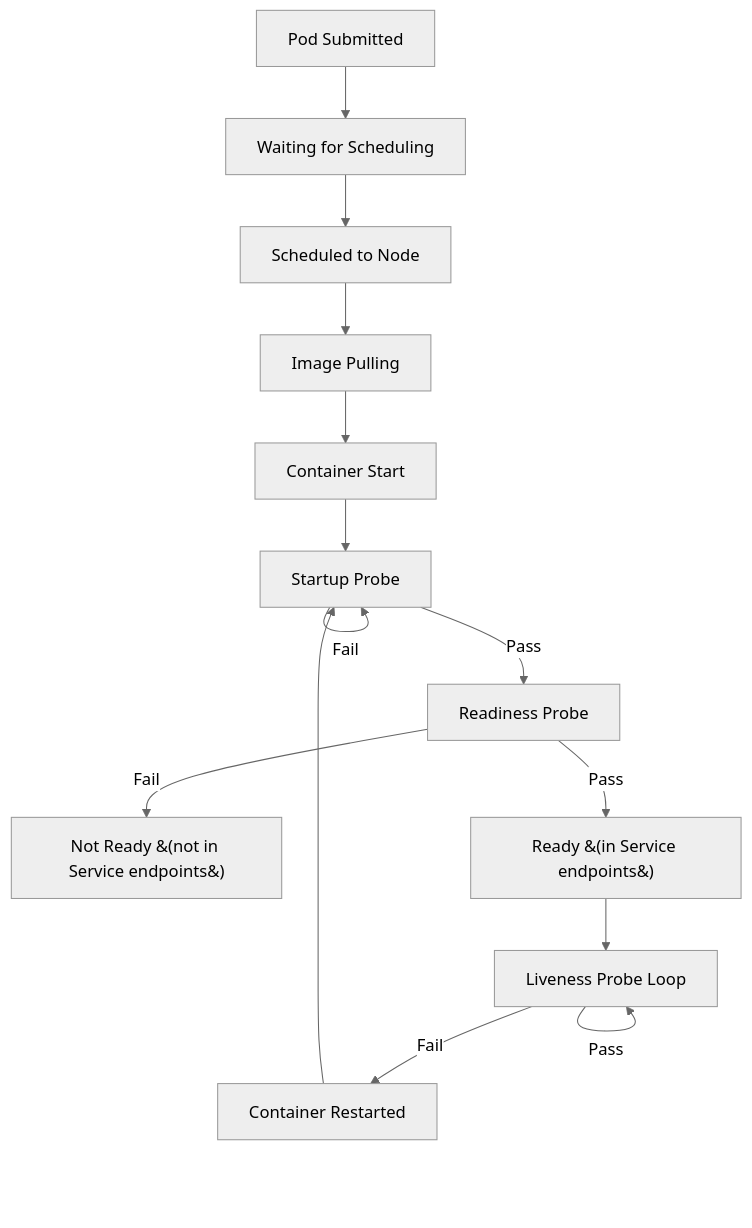
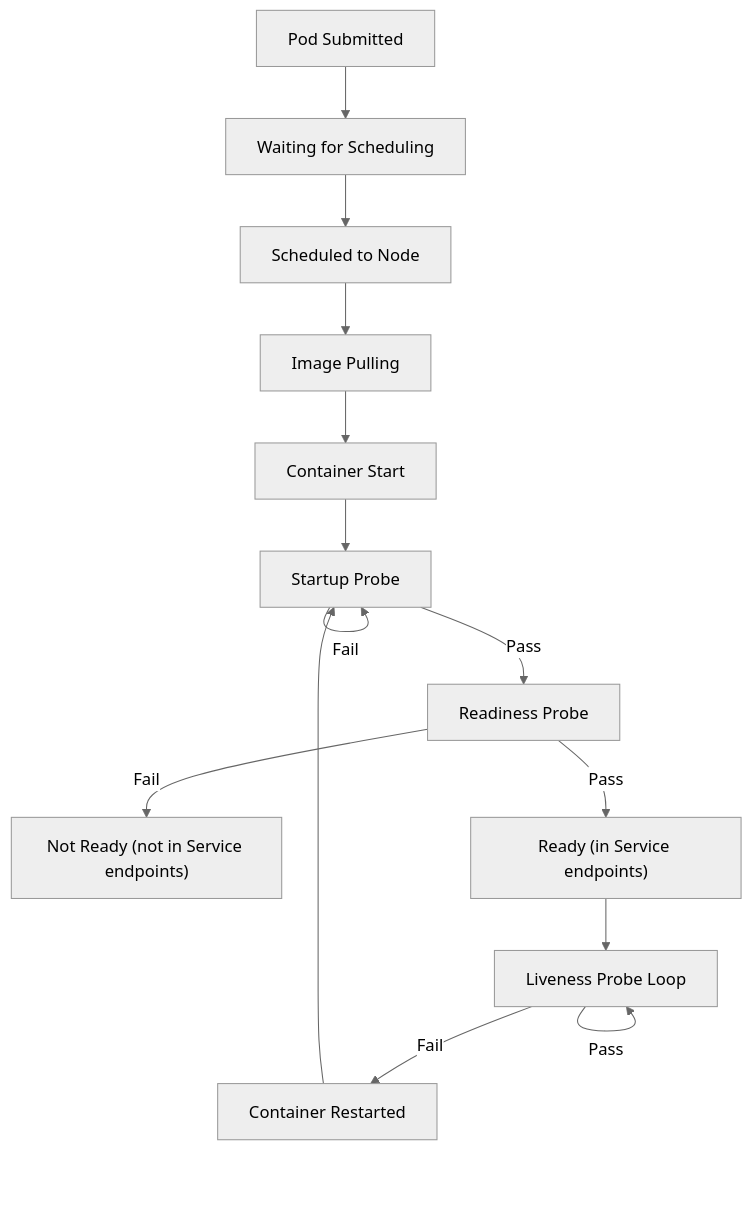
The fourth of 5 diagrams in 01-core-concepts/pod-lifecycle.md (WhoisMonesh/K8S-Everything), drawn with Mermaid (neutral theme) before and after one commit. The commit also changed 15 other files, not shown here.

First line of the commit message:
Fix Mermaid parentheses syntax - use quoted labels

````diff
--- a/01-core-concepts/pod-lifecycle.md
+++ b/01-core-concepts/pod-lifecycle.md
@@ -116,16 +116,16 @@
 ```mermaid
 flowchart TD
     A[Pod Submitted] --> B[Waiting for Scheduling]
     B --> C[Scheduled to Node]
     C --> D[Image Pulling]
     D --> E[Container Start]
     E --> F[Startup Probe]
     F -->|Fail| F
     F -->|Pass| G[Readiness Probe]
-    G -->|Fail| H[Not Ready &#40;not in Service endpoints&#41;]
-    G -->|Pass| I[Ready &#40;in Service endpoints&#41;]
+    G -->|Fail| H["Not Ready (not in Service endpoints)"]
+    G -->|Pass| I["Ready (in Service endpoints)"]
     I --> J[Liveness Probe Loop]
     J -->|Fail| K[Container Restarted]
     K --> F
     J -->|Pass| J
 ```
````
